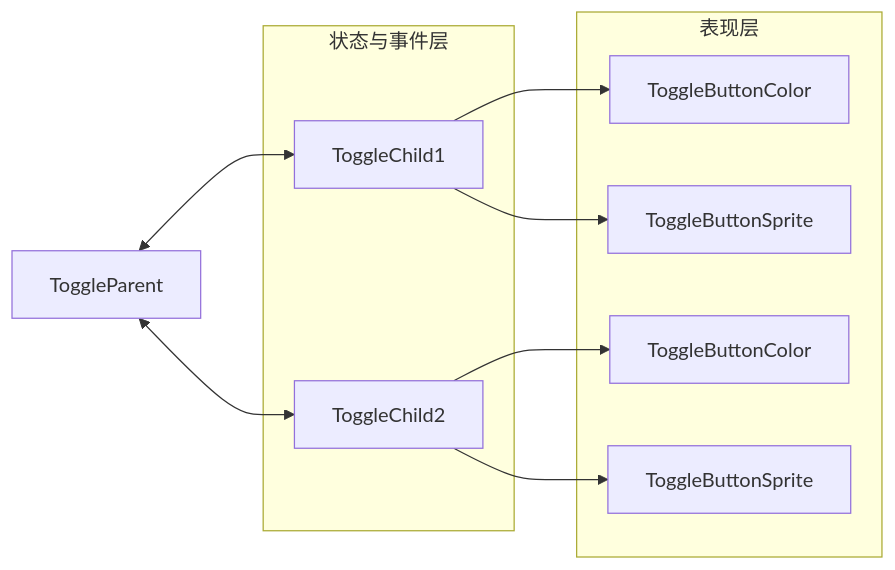
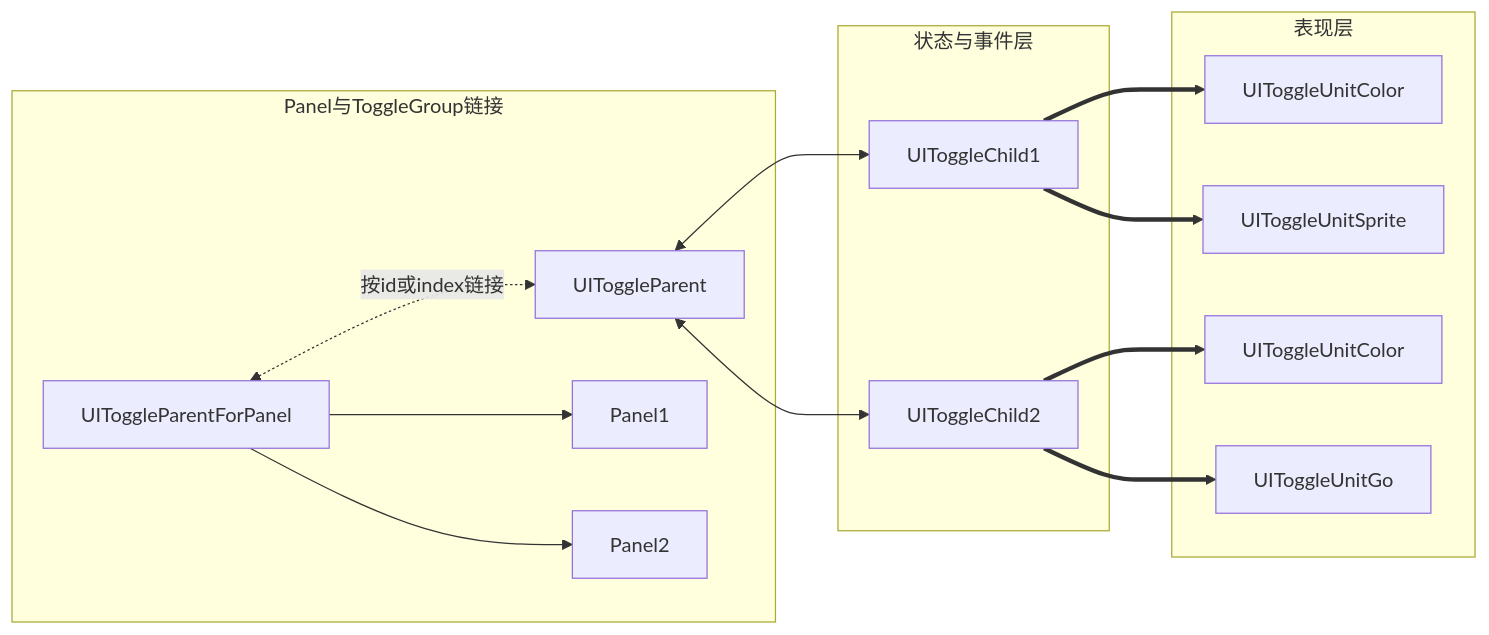
The diagram in Assets/AxuFrameKit/Common/UI/Kit/ToggleBtnGroup/ToggleGroup结构.md (Cielevel/AxuFrameKitV2), drawn with Mermaid before and after one commit. The commit also changed 13 other files, not shown here.

````diff
--- a/Assets/AxuFrameKit/Common/UI/Kit/ToggleBtnGroup/ToggleGroup结构.md
+++ b/Assets/AxuFrameKit/Common/UI/Kit/ToggleBtnGroup/ToggleGroup结构.md
@@ -2,30 +2,39 @@
 ```mermaid
 flowchart LR
-    Parent["ToggleParent"]
-    Child1["ToggleChild1"]
-    Child2["ToggleChild2"]
-    Unit_1_1["ToggleButtonColor"]
-    Unit_1_2["ToggleButtonSprite"]
-    Unit_2_1["ToggleButtonColor"]
-    Unit_2_2["ToggleButtonSprite"]
-    
+    Parent["UIToggleParent"]
+    Child1["UIToggleChild1"]
+    Child2["UIToggleChild2"]
+    Unit_1_1["UIToggleUnitColor"]
+    Unit_1_2["UIToggleUnitSprite"]
+    Unit_2_1["UIToggleUnitColor"]
+    Unit_2_2["UIToggleUnitGo"]
+
+    ParentPanel["UIToggleParentForPanel"]
+    Panel1["Panel1"]
+    Panel2["Panel2"]
     
     Parent <--> Child1
     Parent <--> Child2
-    Child1 --> Unit_1_1
-    Child1 --> Unit_1_2
-    Child2 --> Unit_2_1
-    Child2 --> Unit_2_2
+    Child1 ==> Unit_1_1
+    Child1 ==> Unit_1_2
+    Child2 ==> Unit_2_1
+    Child2 ==> Unit_2_2
     
     subgraph 状态与事件层
         Child1
         Child2
     end
     
     subgraph 表现层
         Unit_1_1
         Unit_1_2
         Unit_2_1
         Unit_2_2
     end
+
+    subgraph Panel与ToggleGroup链接
+        ParentPanel <-.按id或index链接.->Parent
+        ParentPanel --> Panel1
+        ParentPanel --> Panel2
+    end
 ```
````
